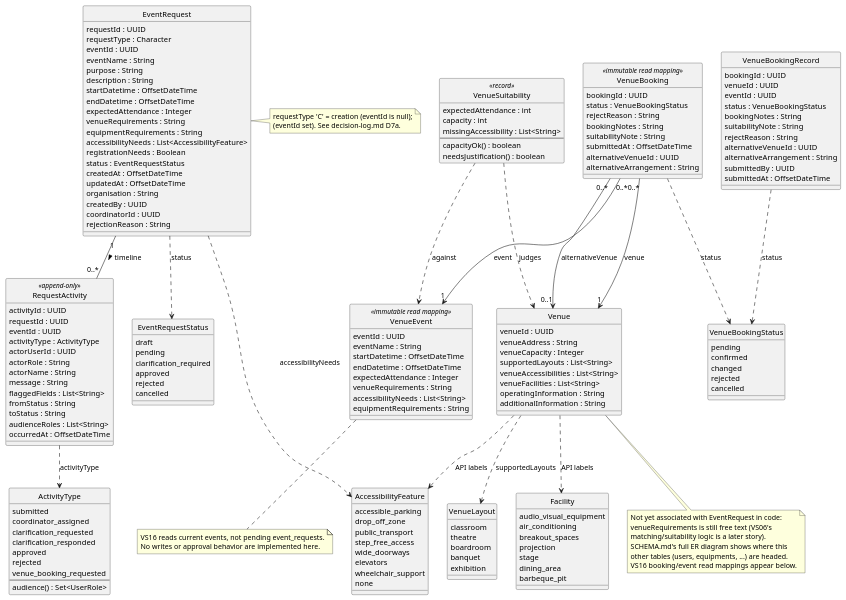
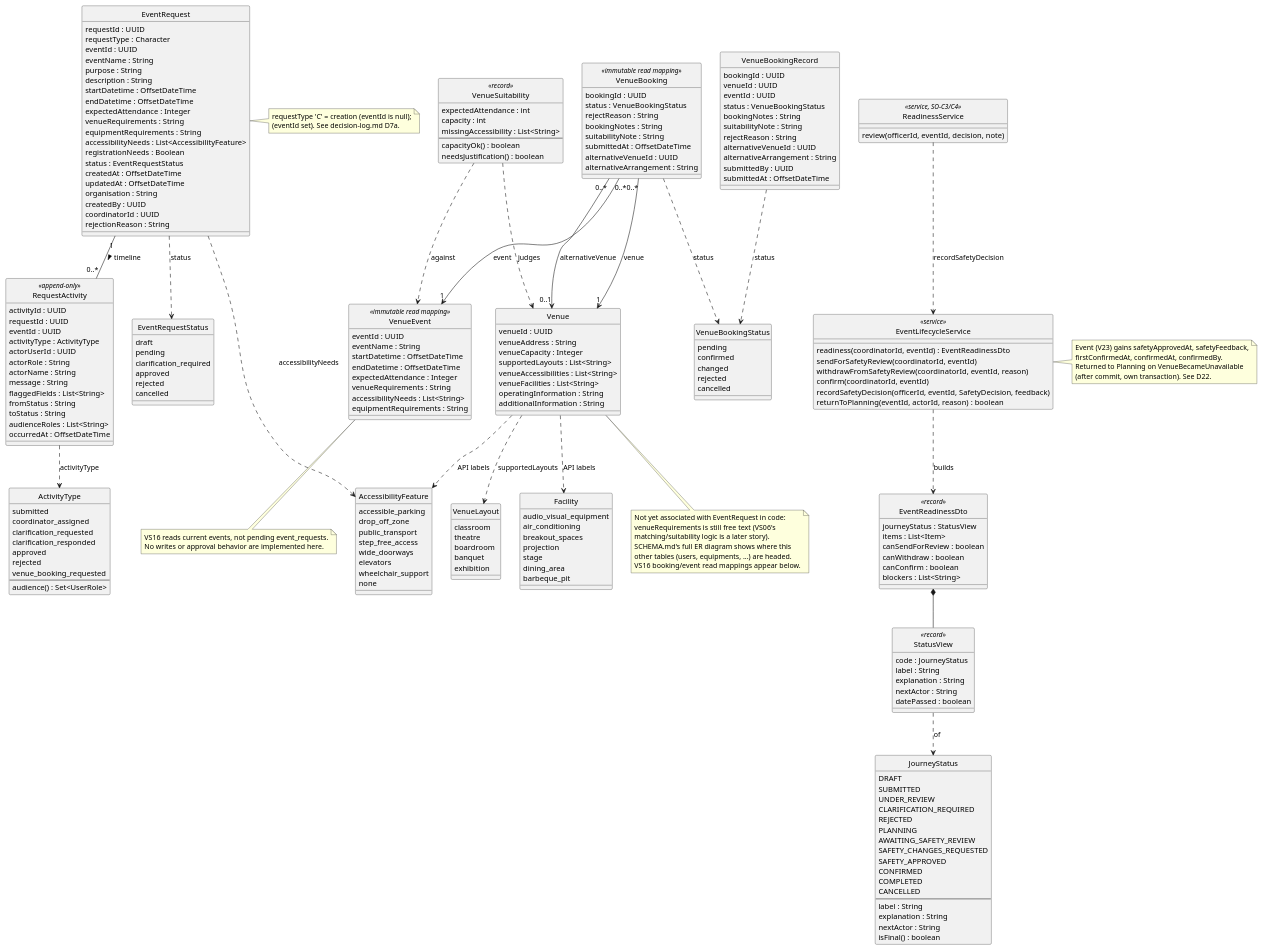
One commit to spikeypear-bot/cSphere changed the diagram in docs/class-diagram.puml. Above: the diagram before and after it, drawn with PlantUML. The commit also changed 71 other files, not shown here.

First line of the commit message:
feat: ec-new2 one consistent status, ec08 safety review before confirmation, eo04 organiser arrangements

```diff
--- a/docs/class-diagram.puml
+++ b/docs/class-diagram.puml
@@ -223,4 +223,66 @@
   No writes or approval behavior are implemented here.
 end note
 
+' EC-NEW2: the one status vocabulary every response carries.
+enum JourneyStatus {
+  DRAFT
+  SUBMITTED
+  UNDER_REVIEW
+  CLARIFICATION_REQUIRED
+  REJECTED
+  PLANNING
+  AWAITING_SAFETY_REVIEW
+  SAFETY_CHANGES_REQUESTED
+  SAFETY_APPROVED
+  CONFIRMED
+  COMPLETED
+  CANCELLED
+  --
+  label : String
+  explanation : String
+  nextActor : String
+  isFinal() : boolean
+}
+
+class StatusView <<record>> {
+  code : JourneyStatus
+  label : String
+  explanation : String
+  nextActor : String
+  datePassed : boolean
+}
+
+' EC08: the only class that moves an event between lifecycle statuses.
+class EventLifecycleService <<service>> {
+  readiness(coordinatorId, eventId) : EventReadinessDto
+  sendForSafetyReview(coordinatorId, eventId)
+  withdrawFromSafetyReview(coordinatorId, eventId, reason)
+  confirm(coordinatorId, eventId)
+  recordSafetyDecision(officerId, eventId, SafetyDecision, feedback)
+  returnToPlanning(eventId, actorId, reason) : boolean
+}
+
+class EventReadinessDto <<record>> {
+  journeyStatus : StatusView
+  items : List<Item>
+  canSendForReview : boolean
+  canWithdraw : boolean
+  canConfirm : boolean
+  blockers : List<String>
+}
+
+StatusView ..> JourneyStatus : of
+EventLifecycleService ..> EventReadinessDto : builds
+EventReadinessDto *-- StatusView
+class ReadinessService <<service, SO-C3/C4>> {
+  review(officerId, eventId, decision, note)
+}
+ReadinessService ..> EventLifecycleService : recordSafetyDecision
+note right of EventLifecycleService
+  Event (V23) gains safetyApprovedAt, safetyFeedback,
+  firstConfirmedAt, confirmedAt, confirmedBy.
+  Returned to Planning on VenueBecameUnavailable
+  (after commit, own transaction). See D22.
+end note
+
 @enduml
```
